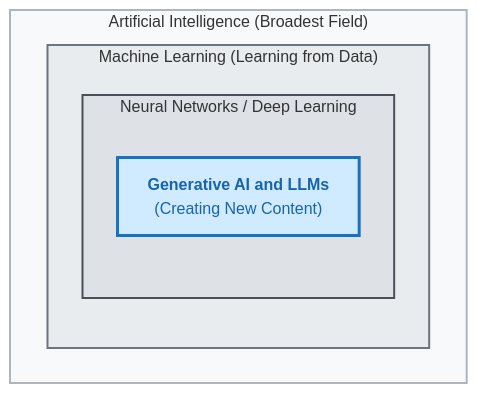
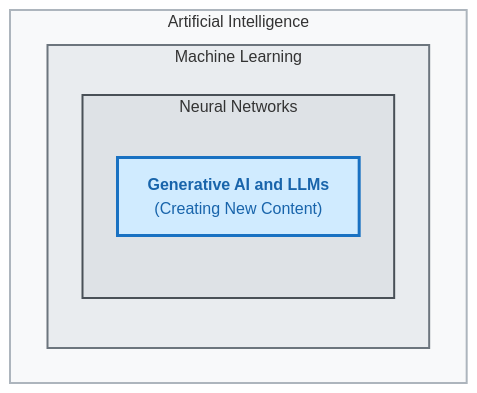
Before and after one commit to LCC-CIT/CS112-CourseMaterials: the first of 2 diagrams in docs/LectureNotes/CS112-Topic07-1-GenerativeAI.md, drawn with Mermaid. The commit also changed other lines of this file, not shown here.

````diff
--- a/docs/LectureNotes/CS112-Topic07-1-GenerativeAI.md
+++ b/docs/LectureNotes/CS112-Topic07-1-GenerativeAI.md
@@ -23,15 +25,15 @@
 ```mermaid
 graph TD
-    subgraph AI ["Artificial Intelligence (Broadest Field)"]
-        subgraph ML ["Machine Learning (Learning from Data)"]
-            subgraph NN ["Neural Networks / Deep Learning"]
+    subgraph AI ["Artificial Intelligence"]
+        subgraph ML ["Machine Learning"]
+            subgraph NN ["Neural Networks"]
                 GenAI["<b>Generative AI and LLMs</b><br>(Creating New Content)"]
             end
         end
     end
 
     style AI fill:#f8f9fa,stroke:#adb5bd,stroke-width:2px
     style ML fill:#e9ecef,stroke:#6c757d,stroke-width:2px
     style NN fill:#dee2e6,stroke:#495057,stroke-width:2px
     style GenAI fill:#d0ebff,stroke:#1971c2,stroke-width:3px,color:#1864ab
 ```
````
